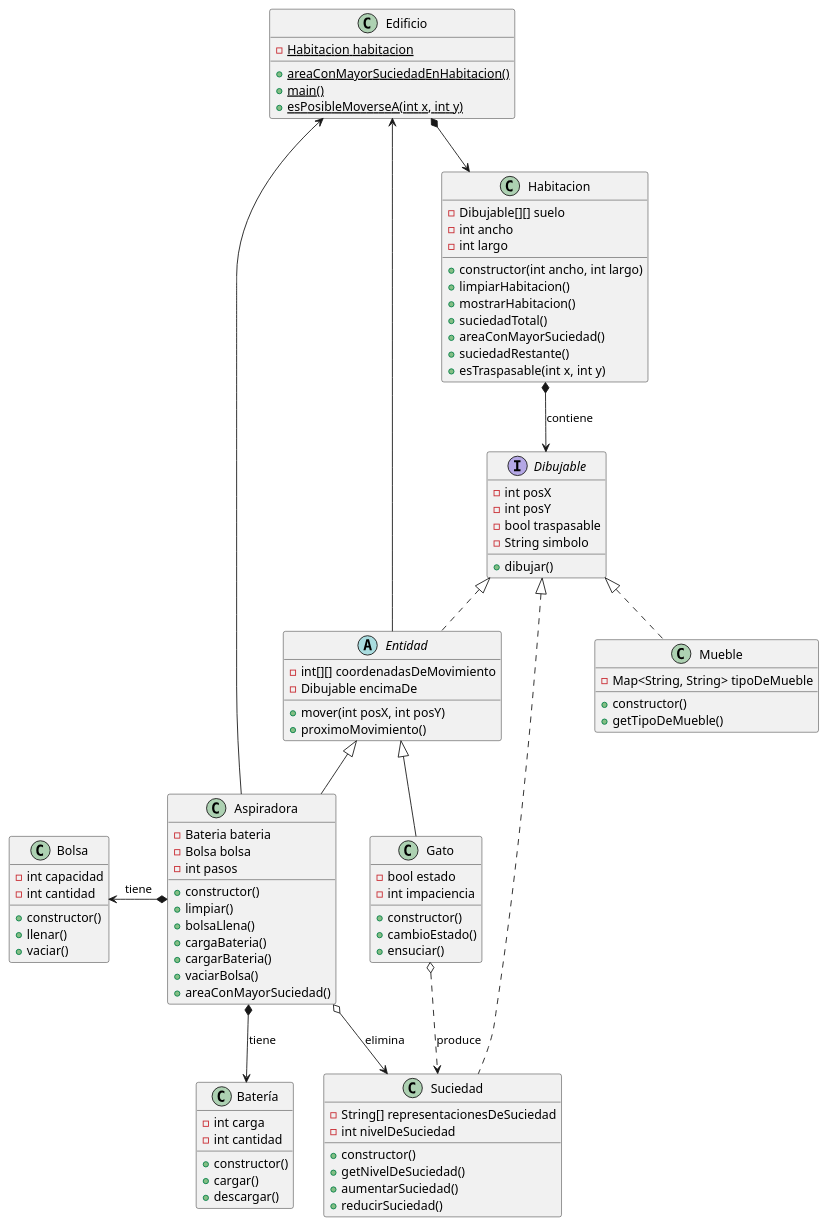
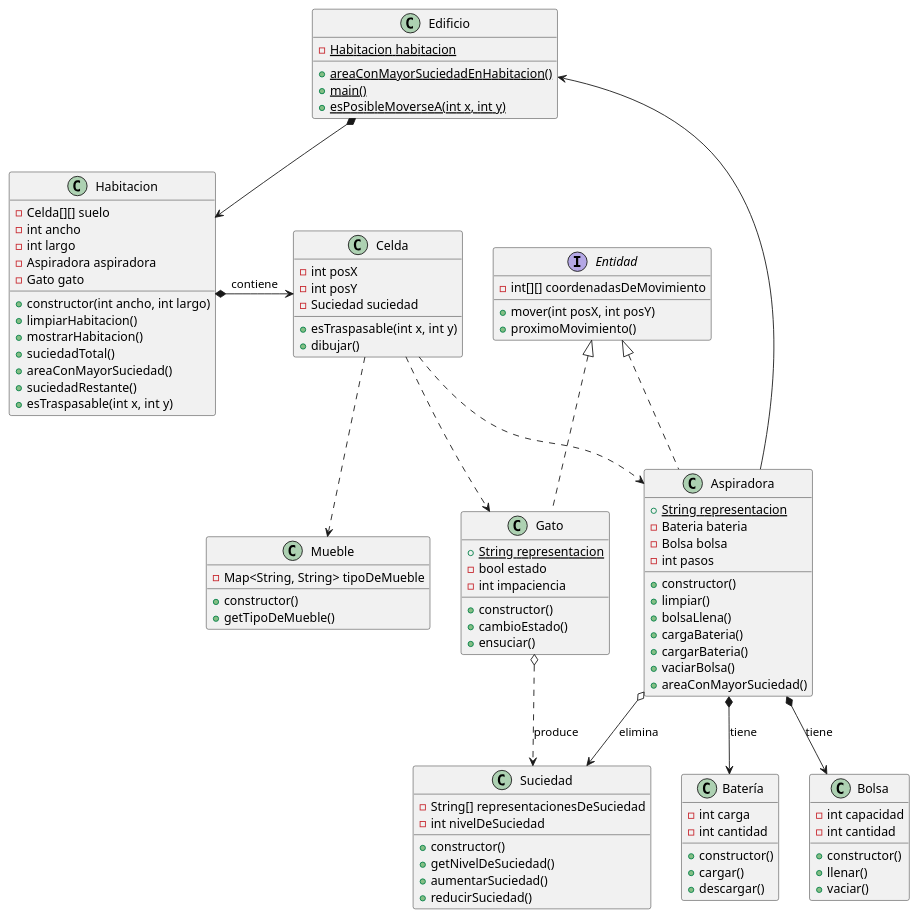
The diagram in docs/diagramaDeClases.plantuml (mmasias/idsw2), drawn with PlantUML before and after one commit. The commit also changed 1 other file, not shown here.

Commit message:
Diagrama de clases cambiado y actividad de gato creada

```diff
--- a/docs/diagramaDeClases.plantuml
+++ b/docs/diagramaDeClases.plantuml
@@ -1,103 +1,109 @@
 @startuml
 scale 1
 class Edificio
 {
     - {static} Habitacion habitacion
     + {static} areaConMayorSuciedadEnHabitacion()
     + {static} main()
     + {static} esPosibleMoverseA(int x, int y)
 }
 class Habitacion
 {
-    - Dibujable[][] suelo
+    - Celda[][] suelo
     - int ancho
     - int largo
+    - Aspiradora aspiradora
+    - Gato gato
     + constructor(int ancho, int largo)
     + limpiarHabitacion()
     + mostrarHabitacion()
     + suciedadTotal()
     + areaConMayorSuciedad()
     + suciedadRestante()
     + esTraspasable(int x, int y)
 }
 
-interface Dibujable{
+class Celda{
     - int posX
     - int posY
-    - bool traspasable
-    - String simbolo
+    - Suciedad suciedad
+    + esTraspasable(int x, int y)
     + dibujar()
-    
 }
 
-abstract class Entidad implements Dibujable {
+interface Entidad {
     - int[][] coordenadasDeMovimiento
-    - Dibujable encimaDe
     + mover(int posX, int posY)
     + proximoMovimiento()
 }
-class Aspiradora extends Entidad{
+class Aspiradora implements Entidad{
+    + {static} String representacion
     - Bateria bateria
     - Bolsa bolsa
     - int pasos
     + constructor()
     + limpiar()
     + bolsaLlena()
     + cargaBateria()
     + cargarBateria()
     + vaciarBolsa()
     + areaConMayorSuciedad()
 }
 
-class Gato extends Entidad{
+class Gato implements Entidad{
+    + {static} String representacion
     - bool estado
     - int impaciencia
     + constructor()
     + cambioEstado()
     + ensuciar()
 }
-class Mueble implements Dibujable{
+class Mueble{
     - Map<String, String> tipoDeMueble
     + constructor()
     + getTipoDeMueble()
 }
 
-class Suciedad implements Dibujable{
+class Suciedad {
     - String[] representacionesDeSuciedad
     - int nivelDeSuciedad
     + constructor()
     + getNivelDeSuciedad()
     + aumentarSuciedad()
     + reducirSuciedad()
 }
 
 class Batería{
     - int carga
     - int cantidad
     + constructor()
     + cargar()
     + descargar()
 }
 
 class Bolsa{
     - int capacidad
     - int cantidad
     + constructor()
     + llenar()
     + vaciar()
 }
 
 
 Edificio *--> Habitacion
 
-Habitacion *--> Dibujable : contiene
+Habitacion *-r-> Celda : contiene
+
+Celda ..> Aspiradora
+Celda ..> Gato
+Celda ..> Mueble
 
 Aspiradora o--> Suciedad : elimina
-Aspiradora *-l-> Bolsa : tiene
+Aspiradora *-d-> Bolsa : tiene
 Aspiradora *-d-> Batería : tiene
 Aspiradora -u-> Edificio
-Entidad -u-> Edificio
+
 
 Gato o..> Suciedad : produce
 
 @enduml
```
